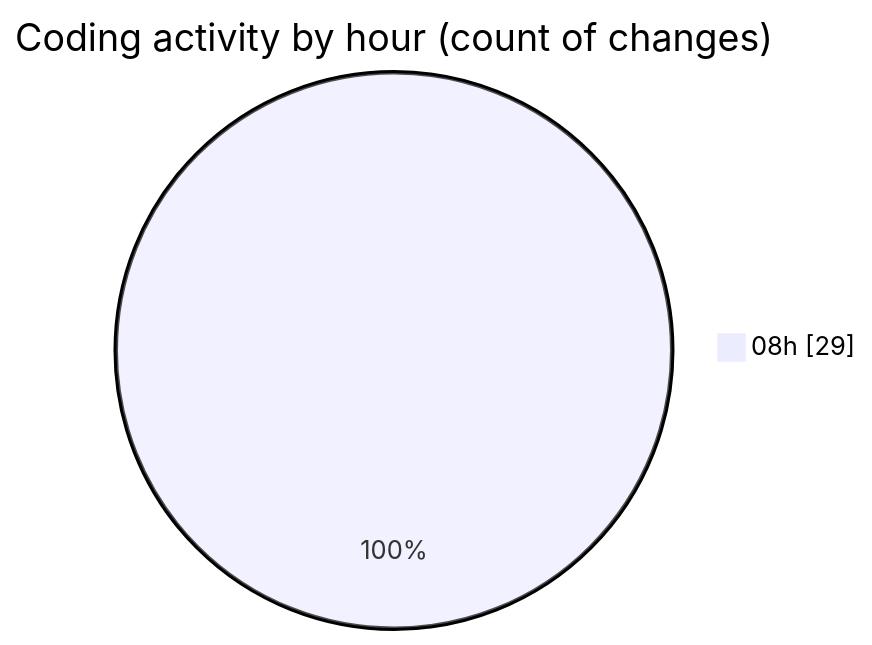
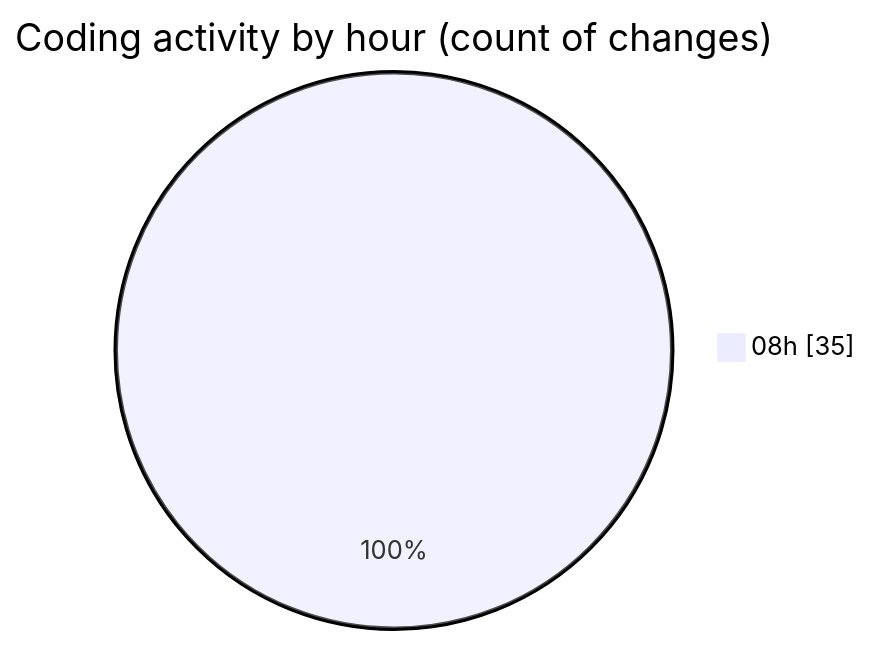
One commit to charlie-sans/code-tracking changed the second of 2 diagrams in 2025-04-29/c-masm/README.md. Above: the diagram before and after it, drawn with Mermaid. The commit also changed other lines of this file and 1 other file, not shown here.

````diff
--- a/2025-04-29/c-masm/README.md
+++ b/2025-04-29/c-masm/README.md
@@ -38,5 +38,5 @@
 ```mermaid
 pie showData
 title Coding activity by hour (count of changes)
-"08h" : 29
+"08h" : 35
 ```
````
